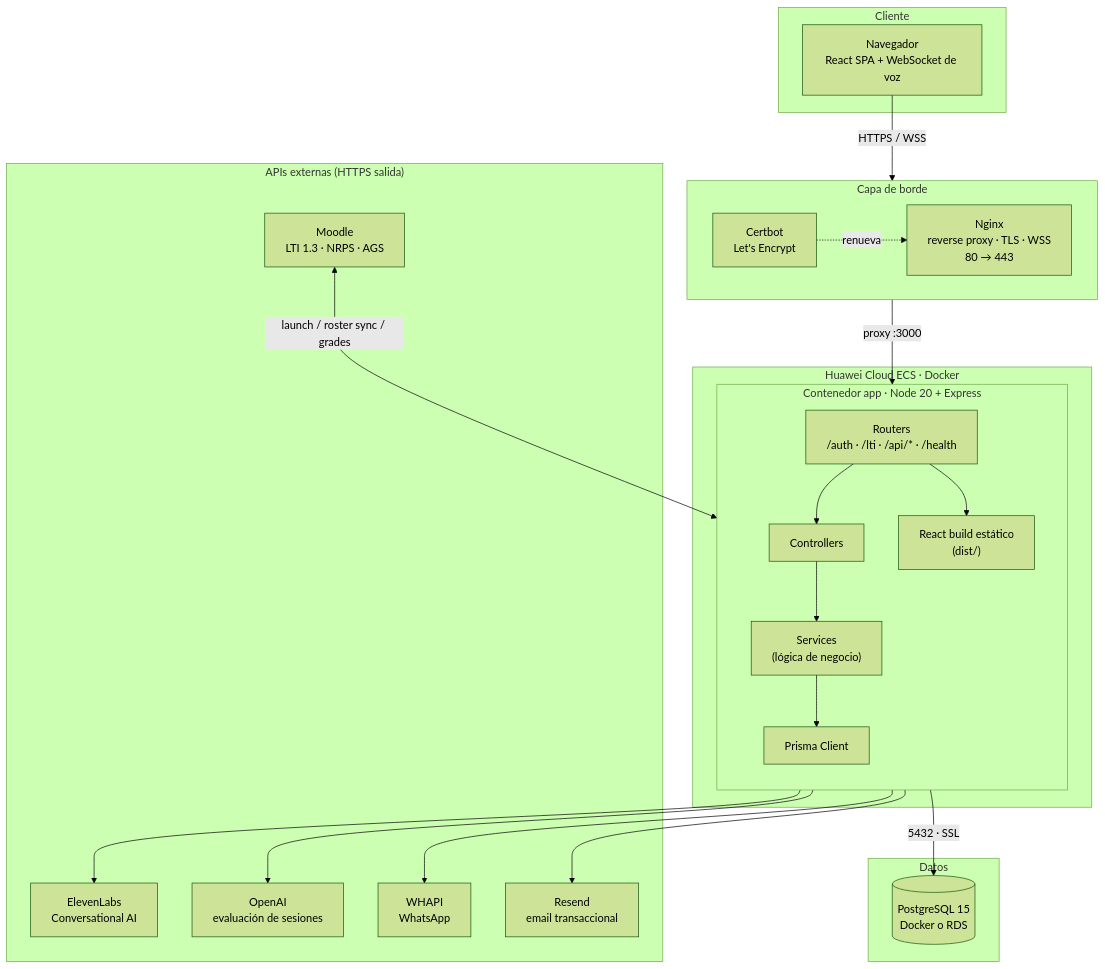
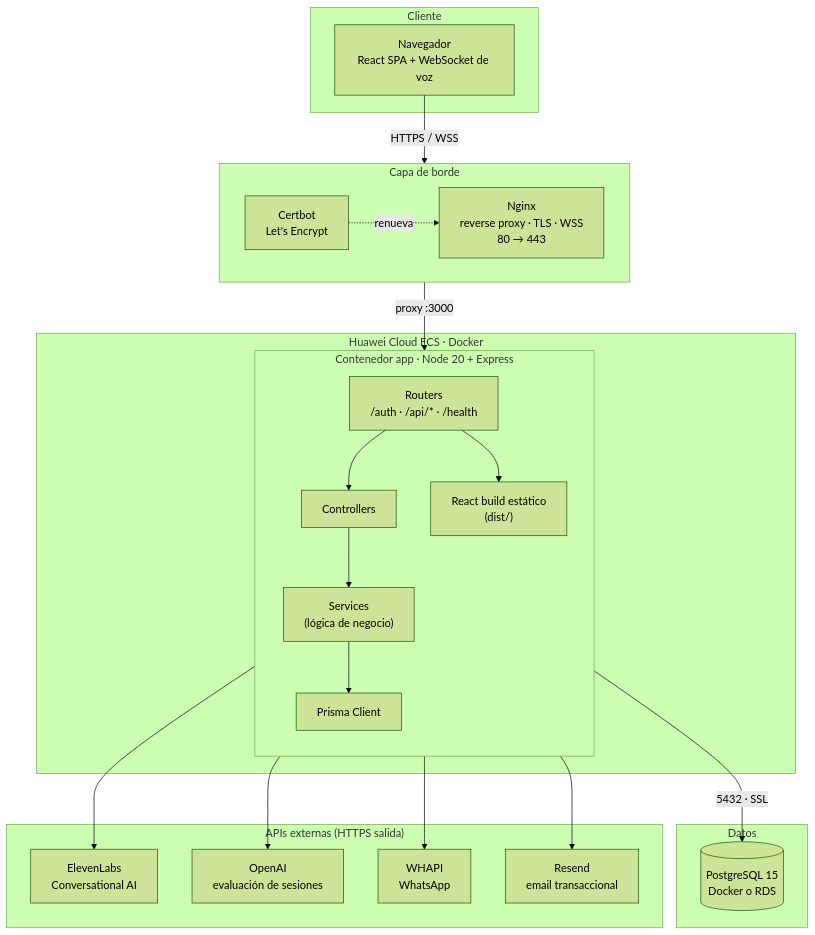
One commit to Vallit0/artificial-intelligence changed the first of 4 diagrams in docs/MANUAL-TECNICO.md. Above: the diagram before and after it, drawn with Mermaid (forest theme). The commit also changed other lines of this file and 52 other files, not shown here.

````diff
--- a/docs/MANUAL-TECNICO.md
+++ b/docs/MANUAL-TECNICO.md
@@ -29,47 +29,45 @@
 ```mermaid
 flowchart TB
     subgraph client["Cliente"]
         B["Navegador<br/>React SPA + WebSocket de voz"]
     end
 
     subgraph edge["Capa de borde"]
         direction LR
         NG["Nginx<br/>reverse proxy · TLS · WSS<br/>80 → 443"]
         CB["Certbot<br/>Let's Encrypt"]
         CB -. renueva .-> NG
     end
 
     subgraph ecs["Huawei Cloud ECS · Docker"]
         subgraph app["Contenedor app · Node 20 + Express"]
             direction TB
-            R["Routers<br/>/auth · /lti · /api/* · /health"]
+            R["Routers<br/>/auth · /api/* · /health"]
             C["Controllers"]
             S["Services<br/>(lógica de negocio)"]
             P["Prisma Client"]
             SPA["React build estático<br/>(dist/)"]
             R --> C --> S --> P
             R --> SPA
         end
     end
 
     subgraph data["Datos"]
         DB[("PostgreSQL 15<br/>Docker o RDS")]
     end
 
     subgraph ext["APIs externas (HTTPS salida)"]
         EL["ElevenLabs<br/>Conversational AI"]
         OAI["OpenAI<br/>evaluación de sesiones"]
         WH["WHAPI<br/>WhatsApp"]
         RS["Resend<br/>email transaccional"]
-        MO["Moodle<br/>LTI 1.3 · NRPS · AGS"]
     end
 
     B -->|HTTPS / WSS| NG
     NG -->|proxy :3000| R
     P -->|5432 · SSL| DB
     S --> EL
     S --> OAI
     S --> WH
     S --> RS
-    MO <-->|launch / roster sync / grades| R
 ```
````
